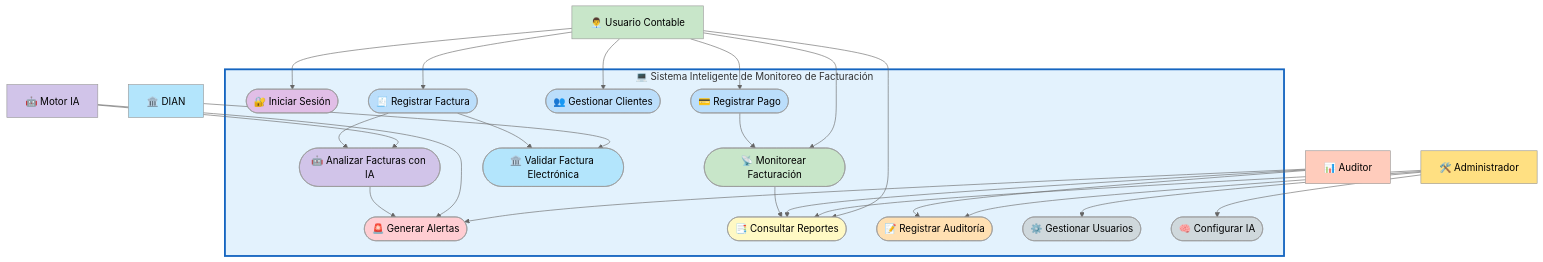
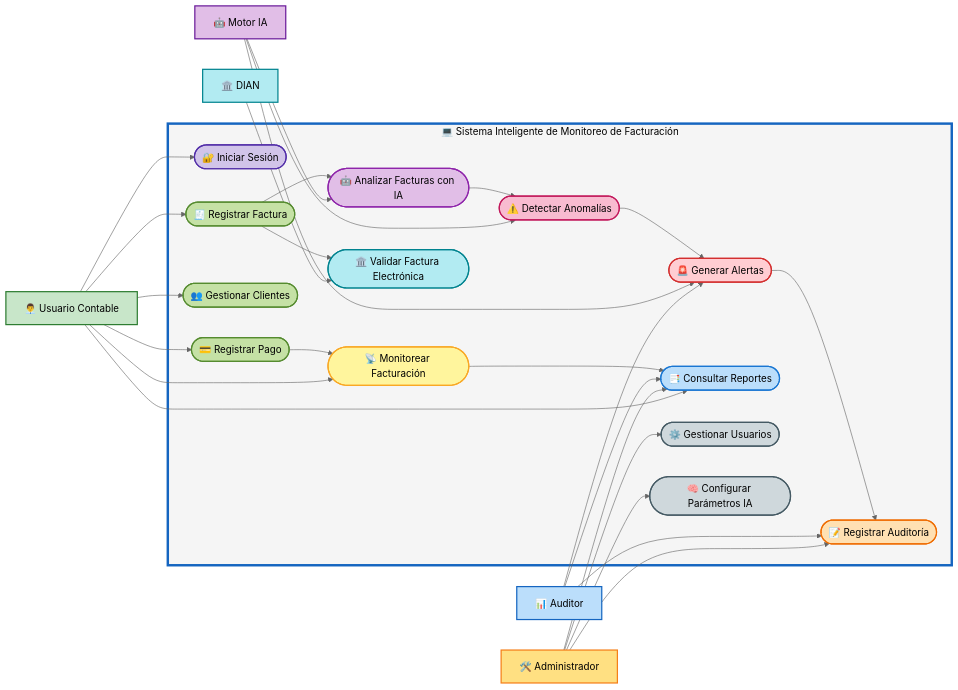
Before and after one commit to karolin0326/parcial_2: the diagram in docs/analisis/07-casos-de-uso.md, drawn with Mermaid (neutral theme). The commit also changed other lines of this file, not shown here.

Commit message:
Please provide the specific file changes or the diff you would like me to summarize.

````diff
--- a/docs/analisis/07-casos-de-uso.md
+++ b/docs/analisis/07-casos-de-uso.md
@@ -7,98 +7,132 @@
 ```mermaid
-graph TB
+flowchart LR
 
-%% =========================
+%% ===================================================
 %% ACTORES
-%% =========================
+%% ===================================================
 
-UC[👨‍💼 Usuario Contable]
-ADM[🛠️ Administrador]
-AUD[📊 Auditor]
-IA[🤖 Motor IA]
-DIAN[🏛️ DIAN]
+UC["👨‍💼 Usuario Contable"]
+ADM["🛠️ Administrador"]
+AUD["📊 Auditor"]
+IA["🤖 Motor IA"]
+DIAN["🏛️ DIAN"]
 
-%% =========================
+%% ===================================================
 %% SISTEMA
-%% =========================
+%% ===================================================
 
 subgraph SISTEMA["💻 Sistema Inteligente de Monitoreo de Facturación"]
 
 LOGIN([🔐 Iniciar Sesión])
 
 FACT([🧾 Registrar Factura])
-CLI([👥 Gestionar Clientes])
+CLIENTE([👥 Gestionar Clientes])
 PAGO([💳 Registrar Pago])
 
-MON([📡 Monitorear Facturación])
+MONITOREO([📡 Monitorear Facturación])
 ANALISIS([🤖 Analizar Facturas con IA])
+ANOMALIA([⚠️ Detectar Anomalías])
 ALERTA([🚨 Generar Alertas])
 
-REP([📑 Consultar Reportes])
-AUDIT([📝 Registrar Auditoría])
+REPORTE([📑 Consultar Reportes])
+AUDITORIA([📝 Registrar Auditoría])
 
-USER([⚙️ Gestionar Usuarios])
-CONFIG([🧠 Configurar IA])
+USUARIOS([⚙️ Gestionar Usuarios])
+CONFIG([🧠 Configurar Parámetros IA])
 
 VALIDAR([🏛️ Validar Factura Electrónica])
 
 end
 
-%% =========================
+%% ===================================================
 %% RELACIONES ACTORES
-%% =========================
+%% ===================================================
 
 UC --> LOGIN
 UC --> FACT
-UC --> CLI
+UC --> CLIENTE
 UC --> PAGO
-UC --> MON
-UC --> REP
+UC --> MONITOREO
+UC --> REPORTE
 
-ADM --> USER
+ADM --> USUARIOS
 ADM --> CONFIG
-ADM --> AUDIT
-ADM --> REP
+ADM --> AUDITORIA
+ADM --> REPORTE
 
-AUD --> REP
-AUD --> AUDIT
+AUD --> REPORTE
 AUD --> ALERTA
+AUD --> AUDITORIA
 
 IA --> ANALISIS
+IA --> ANOMALIA
 IA --> ALERTA
 
 DIAN --> VALIDAR
 
-%% =========================
+%% ===================================================
 %% FLUJO INTERNO
-%% =========================
+%% ===================================================
 
+FACT --> VALIDAR
 FACT --> ANALISIS
-ANALISIS --> ALERTA
-PAGO --> MON
-MON --> REP
-FACT --> VALIDAR
+ANALISIS --> ANOMALIA
+ANOMALIA --> ALERTA
+PAGO --> MONITOREO
+MONITOREO --> REPORTE
+ALERTA --> AUDITORIA
 
-%% =========================
-%% ESTILOS
-%% =========================
+%% ===================================================
+%% ESTILOS GENERALES
+%% ===================================================
 
-style SISTEMA fill:#E3F2FD,stroke:#1565C0,stroke-width:3px
-style UC fill:#C8E6C9
-style ADM fill:#FFE082
-style AUD fill:#FFCCBC
-style IA fill:#D1C4E9
-style DIAN fill:#B3E5FC
+style SISTEMA fill:#F5F5F5,stroke:#1565C0,stroke-width:4px,color:#000000
 
-style FACT fill:#BBDEFB
-style CLI fill:#BBDEFB
-style PAGO fill:#BBDEFB
-style MON fill:#C8E6C9
-style ANALISIS fill:#D1C4E9
-style ALERTA fill:#FFCDD2
-style REP fill:#FFF9C4
-style AUDIT fill:#FFE0B2
-style USER fill:#CFD8DC
-style CONFIG fill:#CFD8DC
-style VALIDAR fill:#B3E5FC
-style LOGIN fill:#E1BEE7
+%% ===================================================
+%% ACTORES
+%% ===================================================
+
+style UC fill:#C8E6C9,stroke:#2E7D32,stroke-width:2px,color:#000000
+style ADM fill:#FFE082,stroke:#F57F17,stroke-width:2px,color:#000000
+style AUD fill:#BBDEFB,stroke:#1565C0,stroke-width:2px,color:#000000
+style IA fill:#E1BEE7,stroke:#6A1B9A,stroke-width:2px,color:#000000
+style DIAN fill:#B2EBF2,stroke:#00838F,stroke-width:2px,color:#000000
+
+%% ===================================================
+%% PROCESOS OPERATIVOS
+%% ===================================================
+
+style LOGIN fill:#D1C4E9,stroke:#512DA8,stroke-width:2px,color:#000000
+style FACT fill:#C5E1A5,stroke:#558B2F,stroke-width:2px,color:#000000
+style CLIENTE fill:#C5E1A5,stroke:#558B2F,stroke-width:2px,color:#000000
+style PAGO fill:#C5E1A5,stroke:#558B2F,stroke-width:2px,color:#000000
+style MONITOREO fill:#FFF59D,stroke:#F9A825,stroke-width:2px,color:#000000
+
+%% ===================================================
+%% IA
+%% ===================================================
+
+style ANALISIS fill:#E1BEE7,stroke:#8E24AA,stroke-width:2px,color:#000000
+style ANOMALIA fill:#F8BBD0,stroke:#C2185B,stroke-width:2px,color:#000000
+style ALERTA fill:#FFCDD2,stroke:#D32F2F,stroke-width:2px,color:#000000
+
+%% ===================================================
+%% REPORTES Y AUDITORÍA
+%% ===================================================
+
+style REPORTE fill:#BBDEFB,stroke:#1976D2,stroke-width:2px,color:#000000
+style AUDITORIA fill:#FFE0B2,stroke:#EF6C00,stroke-width:2px,color:#000000
+
+%% ===================================================
+%% ADMINISTRACIÓN
+%% ===================================================
+
+style USUARIOS fill:#CFD8DC,stroke:#455A64,stroke-width:2px,color:#000000
+style CONFIG fill:#CFD8DC,stroke:#455A64,stroke-width:2px,color:#000000
+
+%% ===================================================
+%% DIAN
+%% ===================================================
+
+style VALIDAR fill:#B2EBF2,stroke:#00838F,stroke-width:2px,color:#000000
 ```
````
